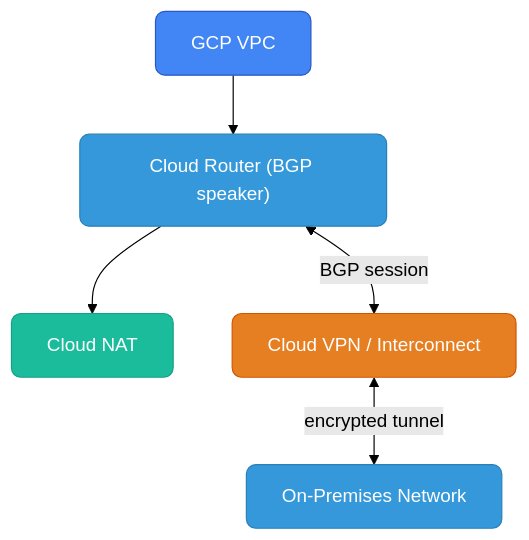
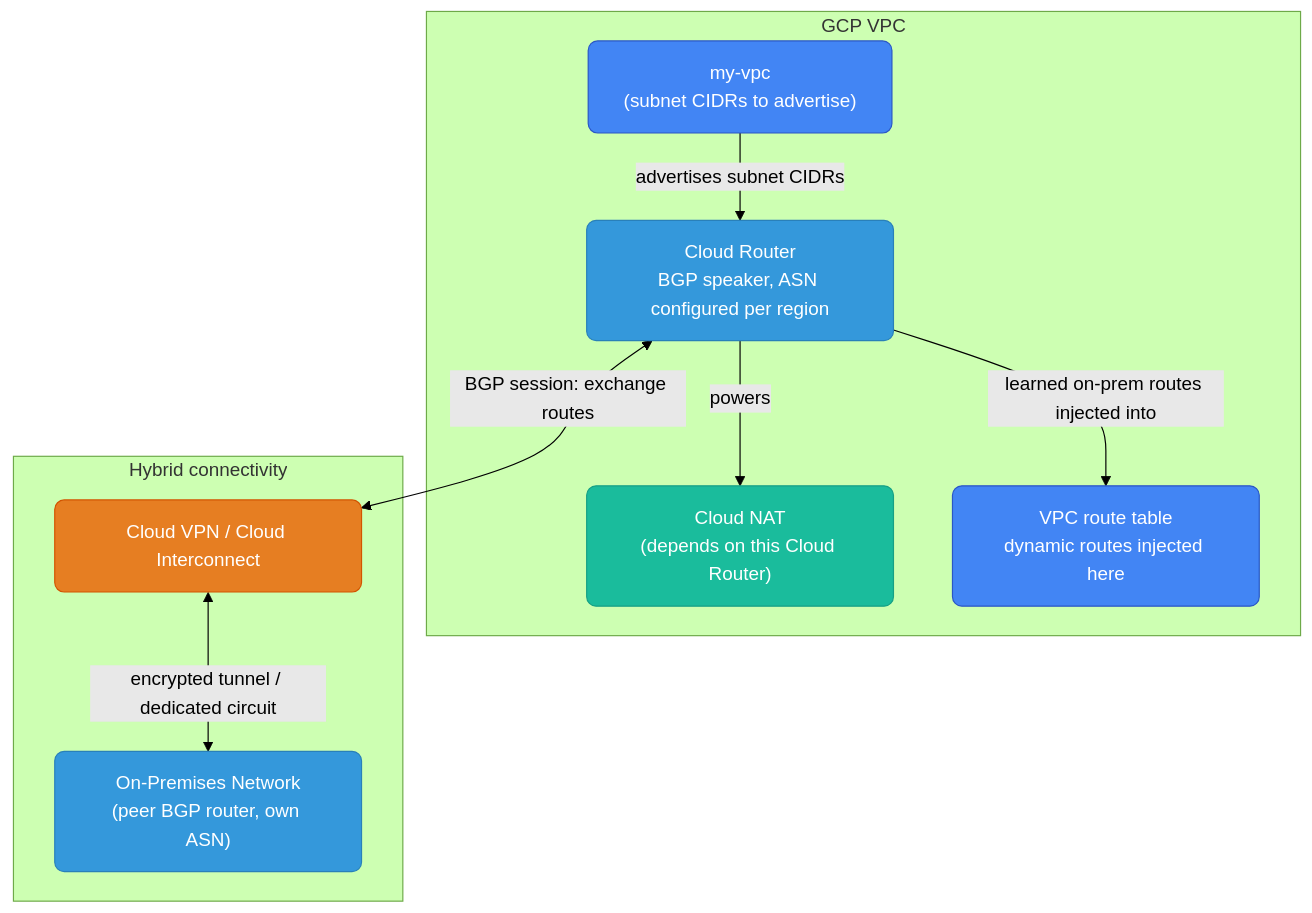
Before and after one commit to deepanshu-rawat6/DevOpsIndex: the fifth of 9 diagrams in gcp/README.md, drawn with Mermaid (forest theme). The commit also changed other lines of this file and 14 other files, not shown here.

````diff
--- a/gcp/README.md
+++ b/gcp/README.md
@@ -236,18 +358,25 @@
 ```mermaid
 graph TD
     classDef blue fill:#3498db,stroke:#2980b9,color:#fff,rx:8
     classDef teal fill:#1abc9c,stroke:#16a085,color:#fff,rx:8
     classDef orange fill:#e67e22,stroke:#d35400,color:#fff,rx:8
     classDef gcp fill:#4285f4,stroke:#2a56c6,color:#fff,rx:8
 
-    VPC["GCP VPC"]:::gcp
-    ROUTER["Cloud Router (BGP speaker)"]:::blue
-    NAT["Cloud NAT"]:::teal
-    VPN["Cloud VPN / Interconnect"]:::orange
-    ONPREM["On-Premises Network"]:::blue
+    subgraph VPCSIDE["GCP VPC"]
+        VPC["my-vpc<br/>(subnet CIDRs to advertise)"]:::gcp
+        ROUTER["Cloud Router<br/>BGP speaker, ASN configured per region"]:::blue
+        NAT["Cloud NAT<br/>(depends on this Cloud Router)"]:::teal
+        ROUTETABLE["VPC route table<br/>dynamic routes injected here"]:::gcp
+    end
 
-    VPC --> ROUTER
-    ROUTER --> NAT
-    ROUTER <-->|BGP session| VPN
-    VPN <-->|encrypted tunnel| ONPREM
+    subgraph HYBRID["Hybrid connectivity"]
+        VPN["Cloud VPN / Cloud Interconnect"]:::orange
+        ONPREM["On-Premises Network<br/>(peer BGP router, own ASN)"]:::blue
+    end
+
+    VPC -->|"advertises subnet CIDRs"| ROUTER
+    ROUTER -->|"powers"| NAT
+    ROUTER <-->|"BGP session: exchange routes"| VPN
+    VPN <-->|"encrypted tunnel / dedicated circuit"| ONPREM
+    ROUTER -->|"learned on-prem routes injected into"| ROUTETABLE
 ```
````
